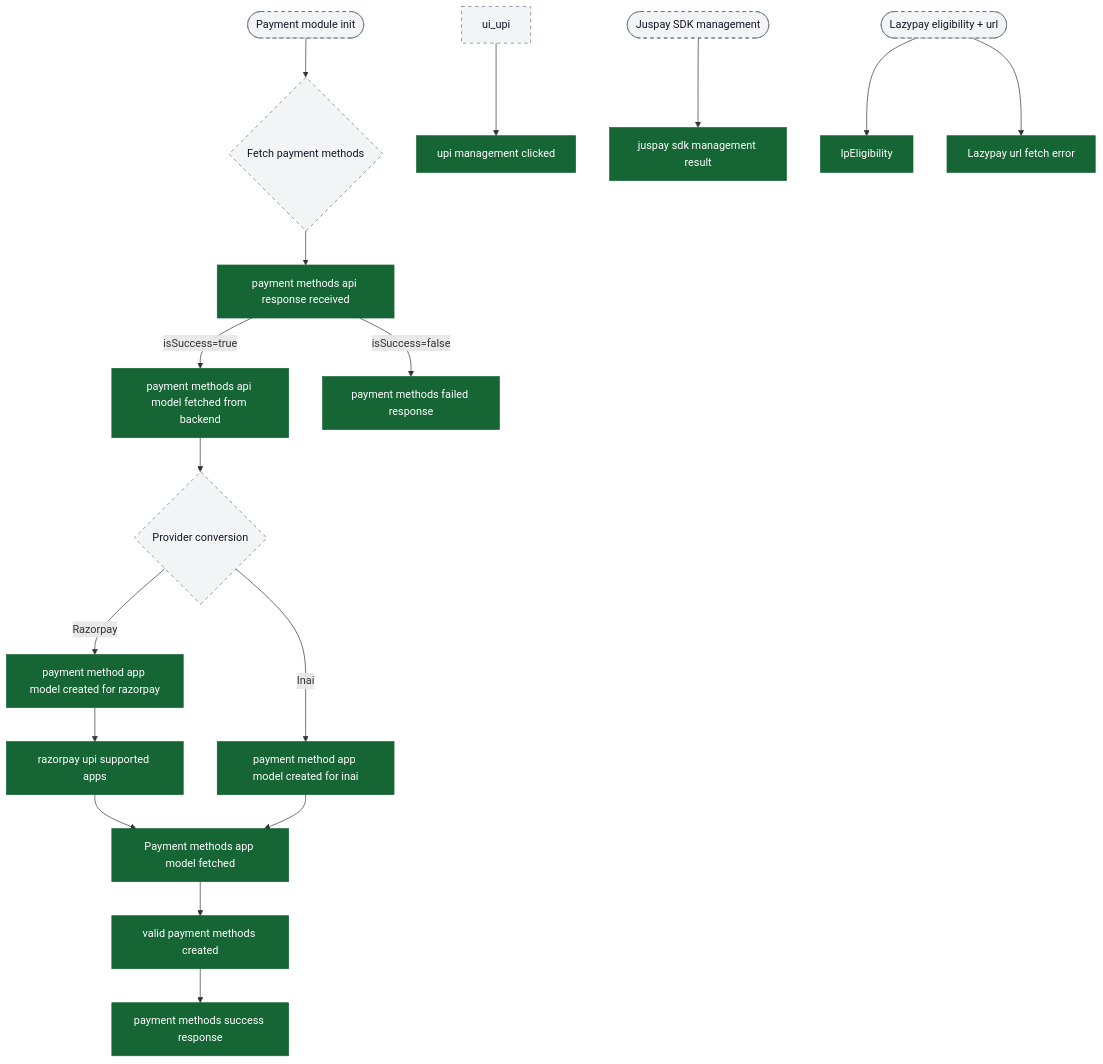
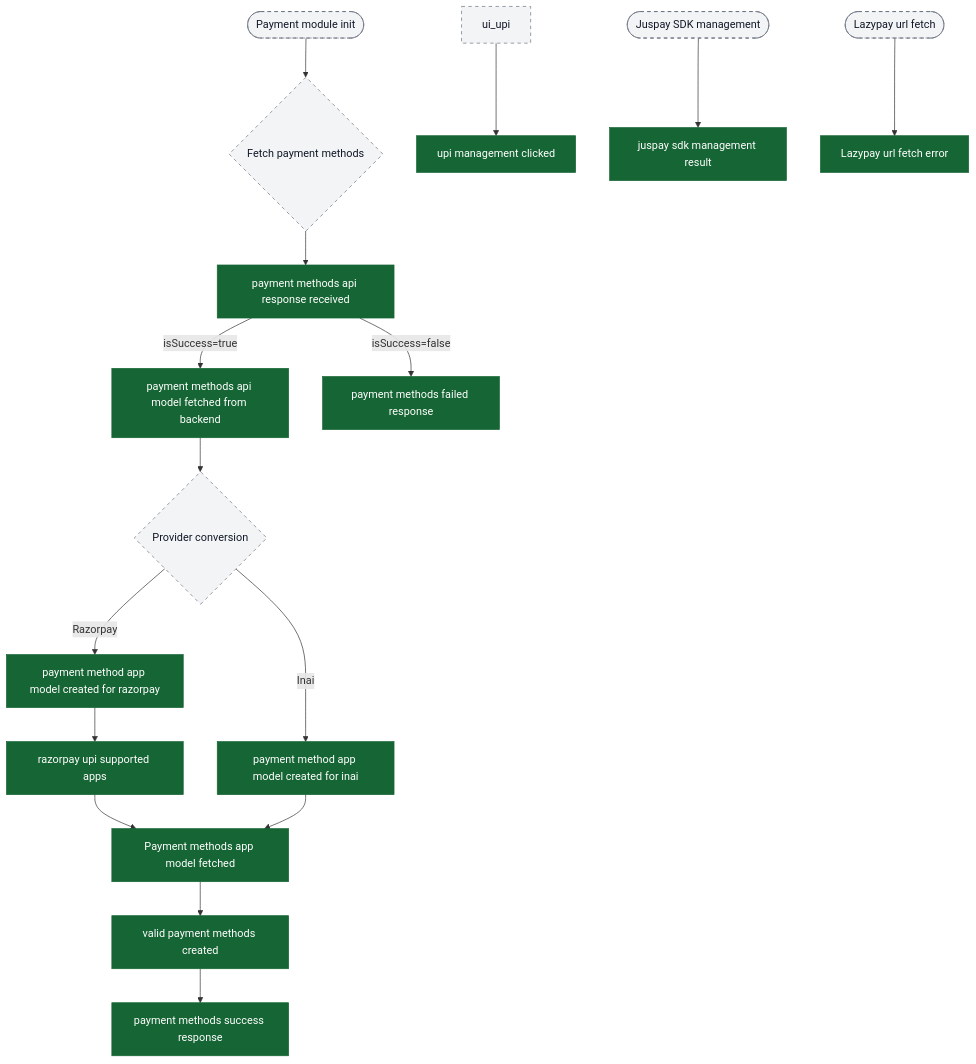
One commit to ratulsarna/chalo-app-dashboard changed diagram 11 of 11 in content/analytics/payment/flow-diagrams.md. Above: the diagram before and after it, drawn with Mermaid. The commit also changed other lines of this file, not shown here.

Commit message:
feat(analytics): enhance UPI flow diagrams with error detection and updated class definitions

````diff
--- a/content/analytics/payment/flow-diagrams.md
+++ b/content/analytics/payment/flow-diagrams.md
@@ -510,31 +512,30 @@
 ```mermaid
 flowchart TD
   ui_paymentInit([Payment module init]) --> ui_methods{Fetch payment methods}
   ui_methods --> ev_methodsApiResp["payment methods api response received"]
   ev_methodsApiResp -->|isSuccess=true| ev_methodsApiModel["payment methods api model fetched from backend"]
   ev_methodsApiResp -->|isSuccess=false| ev_methodsFail["payment methods failed response"]
 
   ev_methodsApiModel --> ui_provider{Provider conversion}
   ui_provider -->|Razorpay| ev_appRazor["payment method app model created for razorpay"]
   ui_provider -->|Inai| ev_appInai["payment method app model created for inai"]
 
   ev_appRazor --> ev_rzpApps["razorpay upi supported apps"]
   ev_rzpApps --> ev_appFetched["Payment methods app model fetched"]
   ev_appInai --> ev_appFetched
 
   ev_appFetched --> ev_validMethods["valid payment methods created"]
   ev_validMethods --> ev_methodsOk["payment methods success response"]
 
   ui_upi --> ev_upiMgmt["upi management clicked"]
 
   ui_juspay([Juspay SDK management]) --> ev_juspayResult["juspay sdk management result"]
 
-  ui_lazypay([Lazypay eligibility + url]) --> ev_lpEligibility["lpEligibility"]
-  ui_lazypay --> ev_lpUrlFail["Lazypay url fetch error"]
+  ui_lazypay([Lazypay url fetch]) --> ev_lpUrlFail["Lazypay url fetch error"]
 
   classDef event fill:#166534,stroke:#166534,color:#ffffff;
   classDef ui fill:#f3f4f6,stroke:#6b7280,stroke-dasharray: 5 5,color:#111827;
 
-  class ev_methodsApiResp,ev_methodsApiModel,ev_appRazor,ev_appInai,ev_rzpApps,ev_appFetched,ev_validMethods,ev_methodsOk,ev_methodsFail,ev_upiMgmt,ev_juspayResult,ev_lpEligibility,ev_lpUrlFail event;
+  class ev_methodsApiResp,ev_methodsApiModel,ev_appRazor,ev_appInai,ev_rzpApps,ev_appFetched,ev_validMethods,ev_methodsOk,ev_methodsFail,ev_upiMgmt,ev_juspayResult,ev_lpUrlFail event;
   class ui_paymentInit,ui_methods,ui_provider,ui_upi,ui_juspay,ui_lazypay ui;
 ```
````
